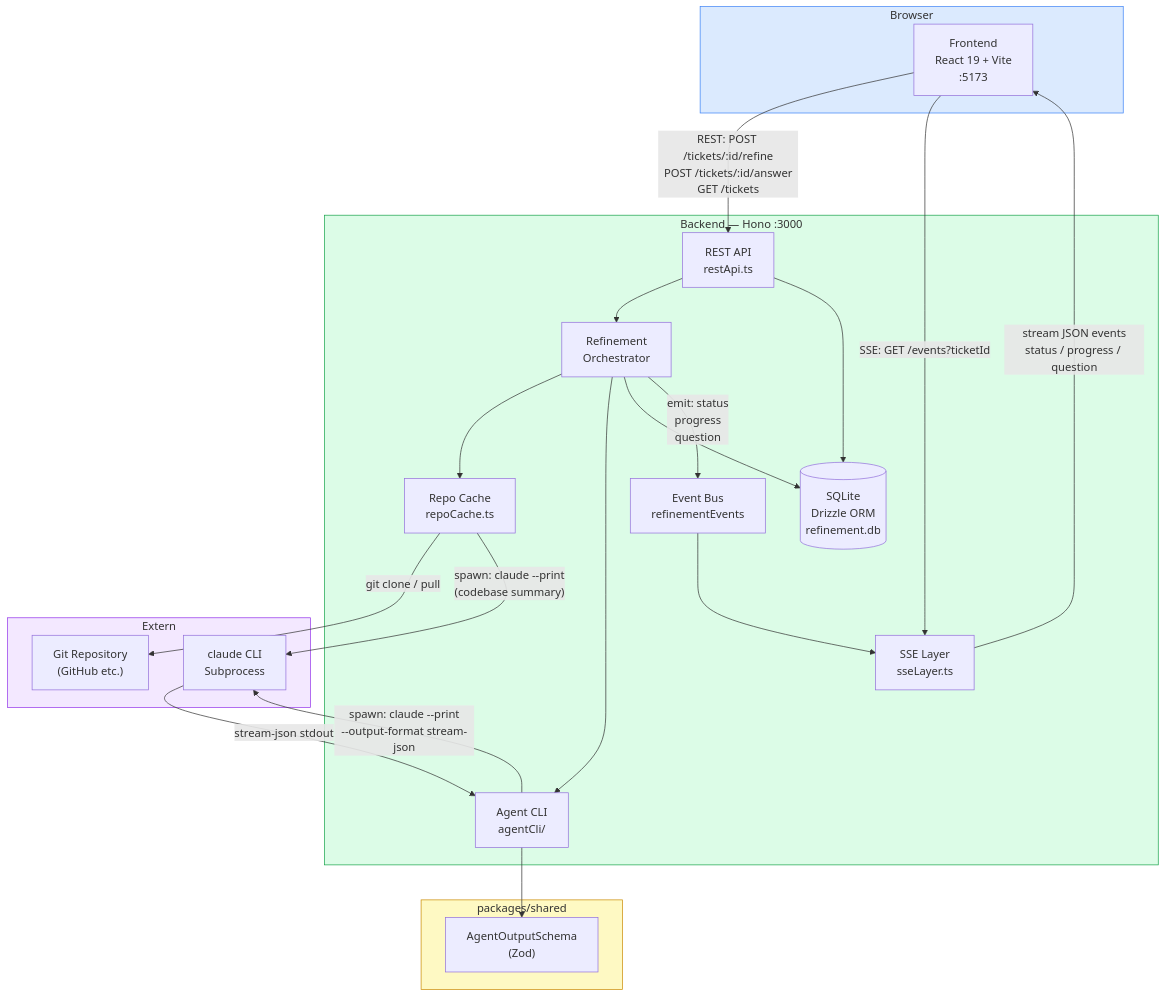
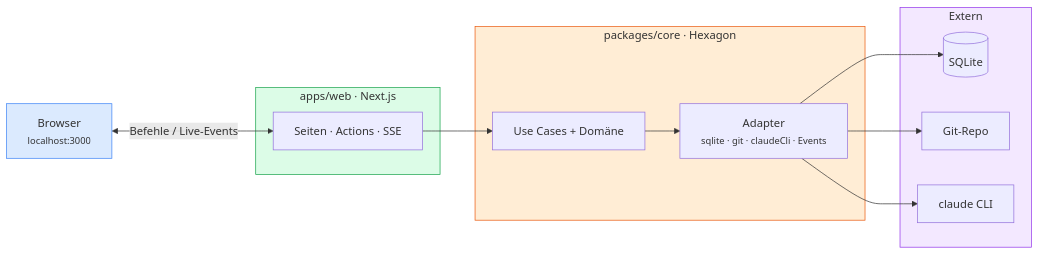
The diagram in docs/architecture.mmd (wojciechlaka/ai-sdlc), drawn with Mermaid before and after one commit. The commit also changed 221 other files, not shown here.

```diff
--- a/docs/architecture.mmd
+++ b/docs/architecture.mmd
@@ -1,50 +1,29 @@
-flowchart TD
-    subgraph Browser["Browser"]
-        FE["Frontend\nReact 19 + Vite\n:5173"]
+flowchart LR
+    B["Browser<br/><small>localhost:3000</small>"]
+
+    subgraph Web["apps/web · Next.js"]
+        W["Seiten · Actions · SSE"]
     end
 
-    subgraph Backend["Backend — Hono :3000"]
-        REST["REST API\nrestApi.ts"]
-        SSE["SSE Layer\nsseLayer.ts"]
-        ORC["Refinement\nOrchestrator"]
-        CACHE["Repo Cache\nrepoCache.ts"]
-        CLI["Agent CLI\nagentCli/"]
-        EV["Event Bus\nrefinementEvents"]
-        DB[("SQLite\nDrizzle ORM\nrefinement.db")]
+    subgraph Core["packages/core · Hexagon"]
+        UC["Use Cases + Domäne"]
+        AD["Adapter<br/><small>sqlite · git · claudeCli · Events</small>"]
+        UC --> AD
     end
 
-    subgraph Shared["packages/shared"]
-        ZOD["AgentOutputSchema\n(Zod)"]
+    subgraph Ext["Extern"]
+        DB[("SQLite")]
+        GIT["Git-Repo"]
+        CL["claude CLI"]
     end
 
-    subgraph External["Extern"]
-        CLAUDE["claude CLI\nSubprocess"]
-        REPO["Git Repository\n(GitHub etc.)"]
-    end
+    B <-->|"Befehle / Live-Events"| W
+    W --> UC
+    AD --> DB
+    AD --> GIT
+    AD --> CL
 
-    FE -->|"REST: POST /tickets/:id/refine\nPOST /tickets/:id/answer\nGET /tickets"| REST
-    FE -->|"SSE: GET /events?ticketId"| SSE
-
-    REST --> ORC
-    REST --> DB
-
-    ORC --> CACHE
-    ORC --> CLI
-    ORC --> DB
-    ORC -->|"emit: status\nprogress\nquestion"| EV
-
-    EV --> SSE
-    SSE -->|"stream JSON events\nstatus / progress / question"| FE
-
-    CACHE -->|"git clone / pull"| REPO
-    CACHE -->|"spawn: claude --print\n(codebase summary)"| CLAUDE
-
-    CLI -->|"spawn: claude --print\n--output-format stream-json"| CLAUDE
-    CLI --> ZOD
-
-    CLAUDE -->|"stream-json stdout"| CLI
-
-    style Browser fill:#dbeafe,stroke:#3b82f6
-    style Backend fill:#dcfce7,stroke:#16a34a
-    style Shared fill:#fef9c3,stroke:#ca8a04
-    style External fill:#f3e8ff,stroke:#9333ea
+    style Web fill:#dcfce7,stroke:#16a34a
+    style Core fill:#ffedd5,stroke:#ea580c
+    style Ext fill:#f3e8ff,stroke:#9333ea
+    style B fill:#dbeafe,stroke:#3b82f6
```
